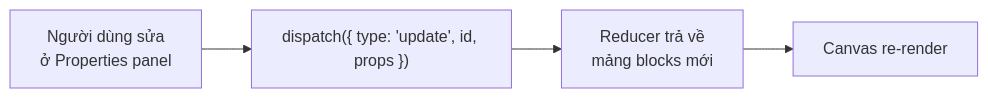
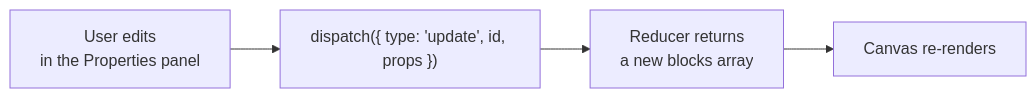
The first of 2 diagrams in projects/landing-page/index.mdx (sunflynf/web-notes), drawn with Mermaid before and after one commit. The commit also changed other lines of this file and 33 other files, not shown here.

````diff
--- a/projects/landing-page/index.mdx
+++ b/projects/landing-page/index.mdx
@@ -136,6 +136,6 @@
 ```mermaid
 flowchart LR
-  A[Người dùng sửa<br/>ở Properties panel] --> B["dispatch({ type: 'update', id, props })"]
-  B --> C[Reducer trả về<br/>mảng blocks mới]
-  C --> D[Canvas re-render]
+  A[User edits<br/>in the Properties panel] --> B["dispatch({ type: 'update', id, props })"]
+  B --> C[Reducer returns<br/>a new blocks array]
+  C --> D[Canvas re-renders]
 ```
````
